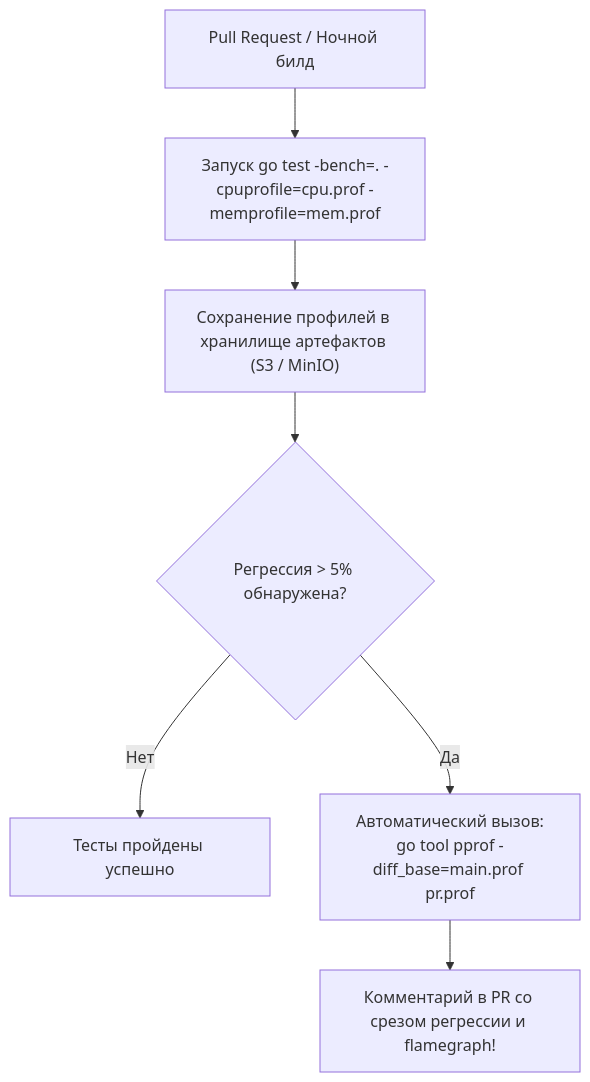
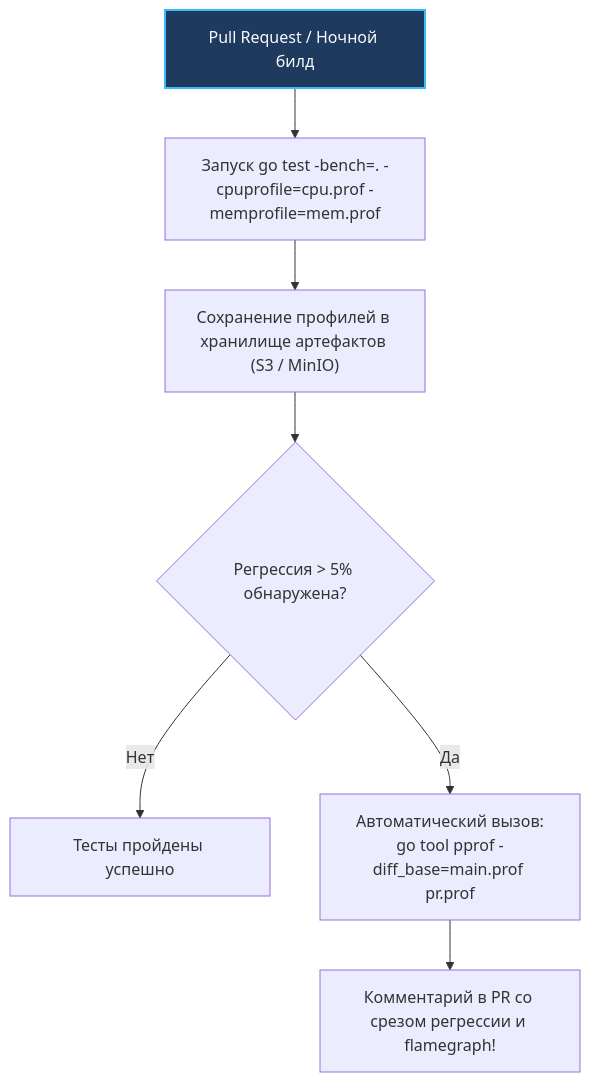
Before and after one commit to UnrealTemplier/go-textbook: the fifth of 5 diagrams in sources/16. Профилирование, отладка и производительность/02. Benchmarking/7. Профилирование внутри benchmark.md, drawn with Mermaid. The commit also changed other lines of this file and 1666 other files, not shown here.

First line of the commit message:
feat(mermaid): add semantic color classDef to 1369 colorless flowchart/graph diagrams

````diff
--- a/sources/16. Профилирование, отладка и производительность/02. Benchmarking/7. Профилирование внутри benchmark.md
+++ b/sources/16. Профилирование, отладка и производительность/02. Benchmarking/7. Профилирование внутри benchmark.md
@@ -456,9 +486,19 @@
 ```mermaid
 flowchart TD
-    PR["Pull Request / Ночной билд"] --> BenchCI["Запуск go test -bench=. -cpuprofile=cpu.prof -memprofile=mem.prof"]
+    classDef process  fill:#1e293b,stroke:#38bdf8,stroke-width:1px,color:#f8fafc
+    classDef success  fill:#064e3b,stroke:#34d399,stroke-width:1px,color:#f8fafc
+    classDef error    fill:#7f1d1d,stroke:#f87171,stroke-width:1px,color:#f8fafc
+    classDef warning  fill:#78350f,stroke:#fbbf24,stroke-width:1px,color:#f8fafc
+    classDef entry    fill:#1e3a5f,stroke:#38bdf8,stroke-width:2px,color:#f8fafc
+    classDef aux      fill:#334155,stroke:#64748b,stroke-width:1px,color:#f8fafc
+    classDef system   fill:#312e81,stroke:#a78bfa,stroke-width:1px,color:#f8fafc
+    classDef data     fill:#132d29,stroke:#2dd4bf,stroke-width:1px,color:#f8fafc
+    classDef network  fill:#881337,stroke:#fb7185,stroke-width:1px,color:#f8fafc
+    classDef accent   fill:#1e1b4b,stroke:#818cf8,stroke-width:1px,color:#f8fafc
+    PR["Pull Request / Ночной билд"]:::entry --> BenchCI["Запуск go test -bench=. -cpuprofile=cpu.prof -memprofile=mem.prof"]
     BenchCI --> Store["Сохранение профилей в хранилище артефактов (S3 / MinIO)"]
     Store --> Check{"Регрессия > 5% обнаружена?"}
     Check -- Нет --> OK["Тесты пройдены успешно"]
     Check -- Да --> Diff["Автоматический вызов:<br>go tool pprof -diff_base=main.prof pr.prof"]
     Diff --> Report["Комментарий в PR со срезом регрессии и flamegraph!"]
 ```
````
